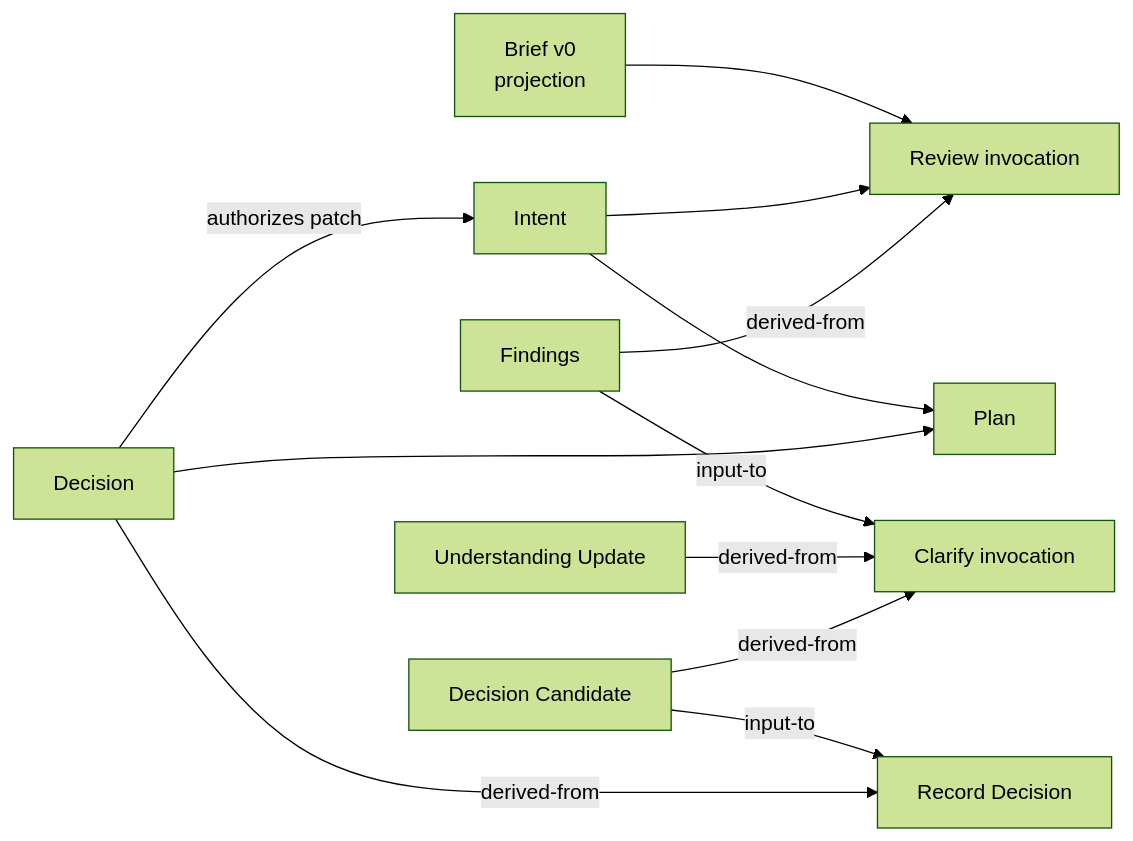
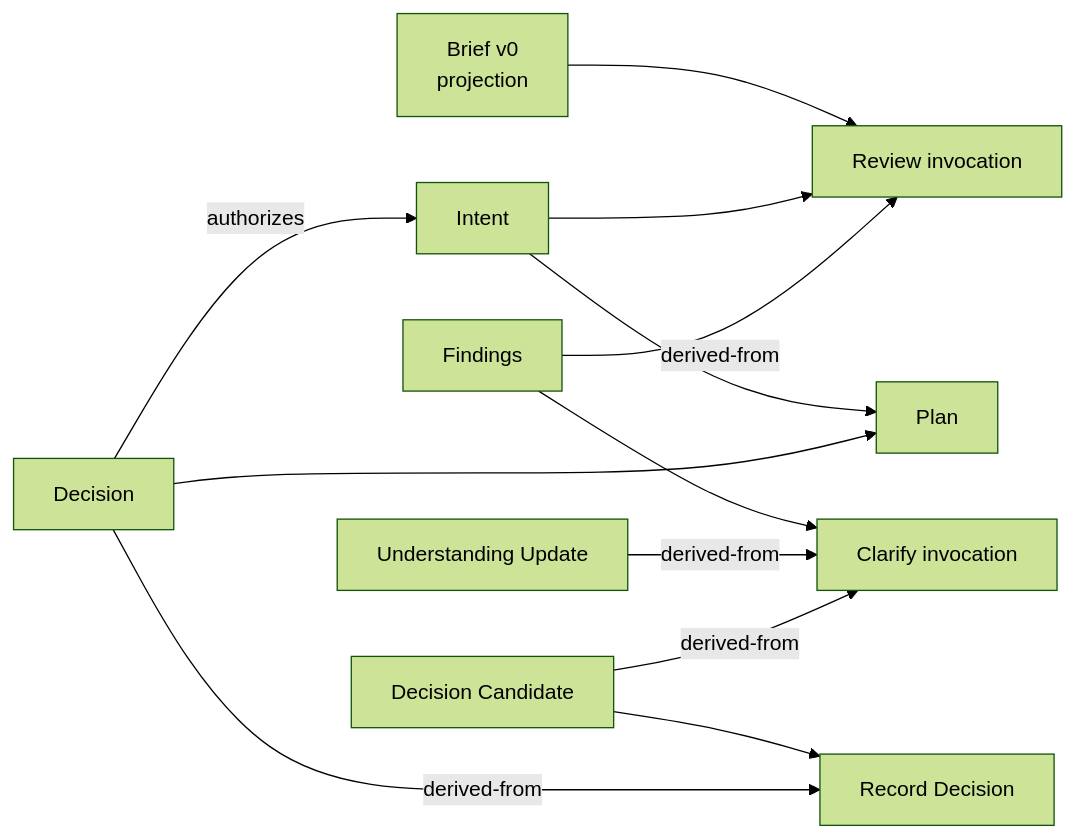
The sixth of 6 diagrams in docs/prism-4-architecture-guide.md (ArnoFrost/prism), drawn with Mermaid (forest theme) before and after one commit. The commit also changed other lines of this file and 23 other files, not shown here.

````diff
--- a/docs/prism-4-architecture-guide.md
+++ b/docs/prism-4-architecture-guide.md
@@ -359,25 +359,25 @@
 ```mermaid
 flowchart LR
   B0["Brief v0<br/>projection"]
   I0["Intent"]
   R1["Review invocation"]
   F1["Findings"]
   C1["Clarify invocation"]
   U1["Understanding Update"]
   DC1["Decision Candidate"]
   RD1["Record Decision"]
   D1["Decision"]
   P1["Plan"]
 
   B0 --> R1
   I0 --> R1
   F1 -->|"derived-from"| R1
-  F1 -->|"input-to"| C1
+  F1 --> C1
   U1 -->|"derived-from"| C1
   DC1 -->|"derived-from"| C1
-  DC1 -->|"input-to"| RD1
+  DC1 --> RD1
   D1 -->|"derived-from"| RD1
-  D1 -->|"authorizes patch"| I0
+  D1 -->|"authorizes"| I0
   I0 --> P1
   D1 --> P1
 ```
````
